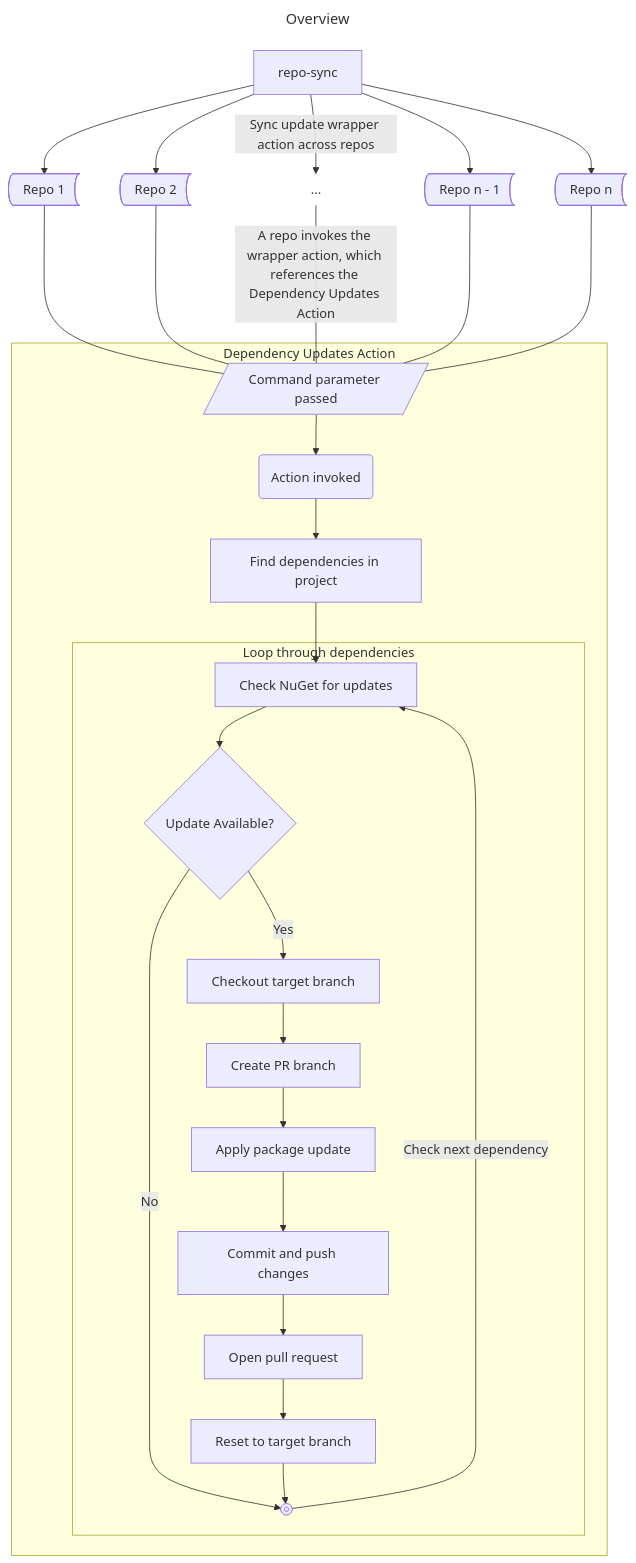
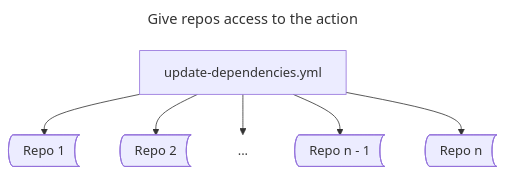
One commit to Particular/dependency-updates-action changed the first of 3 diagrams in README.md. Above: the diagram before and after it, drawn with Mermaid. The commit also changed other lines of this file, not shown here.

Commit message:
Separated repo sync and reworked workflow diagrams

````diff
--- a/README.md
+++ b/README.md
@@ -6,65 +8,22 @@
 ```mermaid
 ---
-title: Overview
+title: Give repos access to the action
 ---
 
 flowchart TD
-    repo-sync@{ shape: process }
+    repo-sync@{ shape: process, label: update-dependencies.yml }
     
     r1@{ shape: bow-rect, label: Repo 1 }
     r2@{ shape: bow-rect, label: Repo 2 }
 
     rellip@{ shape: text, label: ... }
 
     rn-1@{ shape: bow-rect, label: Repo n - 1 }
     rn@{ shape: bow-rect, label: Repo n }
 
     repo-sync --> r1
     repo-sync --> r2
-    repo-sync -- "Sync update wrapper action across repos" --> rellip
+    repo-sync --> rellip
     repo-sync --> rn-1
     repo-sync --> rn
-
-    
-    r1 --- input
-    r2 --- input
-    rellip -- "A repo invokes the wrapper action, which references the Dependency Updates Action" --- input
-    rn-1 --- input
-    rn --- input
-
-    subgraph Dependency Updates Action
-
-        input@{ shape: in-out, label: Command parameter passed }
-        action-invoke@{ shape: event, label: Action invoked }
-        find-deps@{ shape: process, label: Find dependencies in project }
-
-        input --> action-invoke
-
-        action-invoke --> find-deps --> check-dep
-
-        subgraph Loop through dependencies
-
-            check-dep@{ shape: process, label: Check NuGet for updates }
-            has-update@{ shape: decision, label: Update Available? }
-            checkout@{ shape: process, label: Checkout target branch }
-            create-branch@{ shape: process, label: Create PR branch }
-            reset-branch@{ shape: process, label: Reset to target branch }
-            update@{ shape: process, label: Apply package update }
-            commit@{ shape: process, label: Commit and push changes }
-            open-pr@{ shape: process, label: Open pull request }
-            dep-done@{ shape: stop }
-
-
-            check-dep --> has-update
-            has-update -- "No" --> dep-done
-            has-update -- "Yes" --> checkout
-            checkout --> create-branch --> update --> commit --> open-pr --> reset-branch
-            reset-branch --> dep-done
-
-
-            dep-done -- "Check next dependency" --> check-dep
-
-        end
-
-    end
 ```
````
